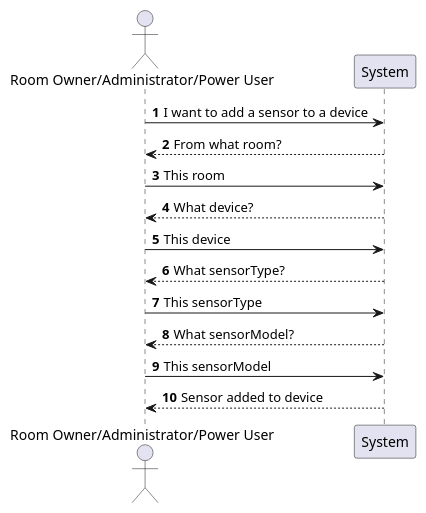
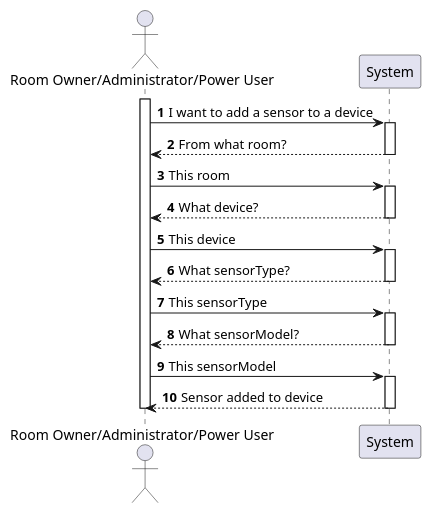
The diagram in docs/useCases/uc07_toAddSensor/artifacts/uc07_SSD.puml (olivDiogo/SmartHome), drawn with PlantUML before and after one commit. The commit also changed 23 other files, not shown here.

```diff
--- a/docs/useCases/uc07_toAddSensor/artifacts/uc07_SSD.puml
+++ b/docs/useCases/uc07_toAddSensor/artifacts/uc07_SSD.puml
@@ -1,19 +1,32 @@
 @startuml
 'https://plantuml.com/sequence-diagram
 
-actor "Room Owner/Administrator/Power User" as RoomOwner
+actor "Room Owner/Administrator/Power User" as User
 autonumber
-RoomOwner -> System: I want to add a sensor to a device
-System --> RoomOwner: From what room?
-RoomOwner -> System: This room
-System --> RoomOwner: What device?
-RoomOwner -> System: This device
-System --> RoomOwner: What sensorType?
-RoomOwner -> System: This sensorType
-System --> RoomOwner: What sensorModel?
-RoomOwner -> System: This sensorModel
-System --> RoomOwner: Sensor added to device
+
+activate User
+User -> System: I want to add a sensor to a device
+activate System
+System --> User: From what room?
+deactivate System
+User -> System: This room
+activate System
+System --> User: What device?
+deactivate System
+User -> System: This device
+activate System
+System --> User: What sensorType?
+deactivate System
+User -> System: This sensorType
+activate System
+System --> User: What sensorModel?
+deactivate System
+User -> System: This sensorModel
+activate System
+System --> User: Sensor added to device
+deactivate System
+deactivate User
 
 
 
 @enduml
```
